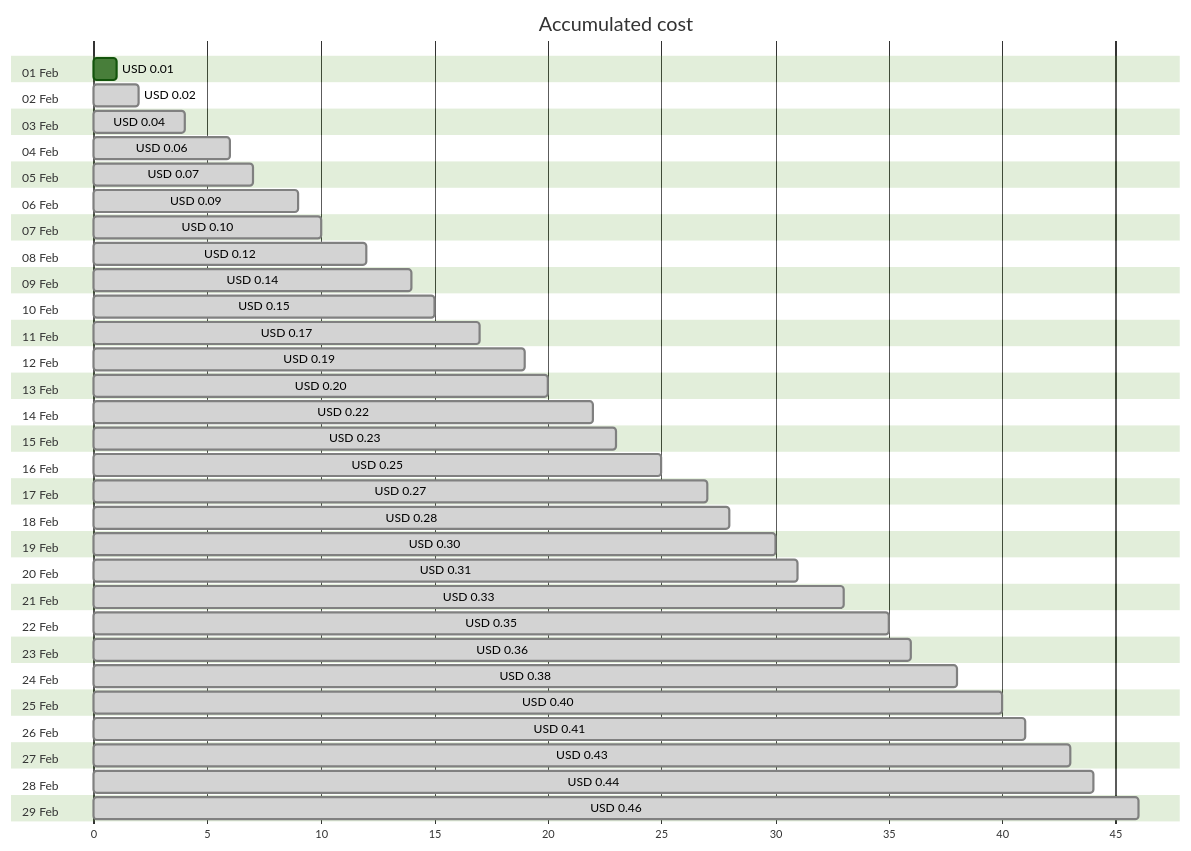
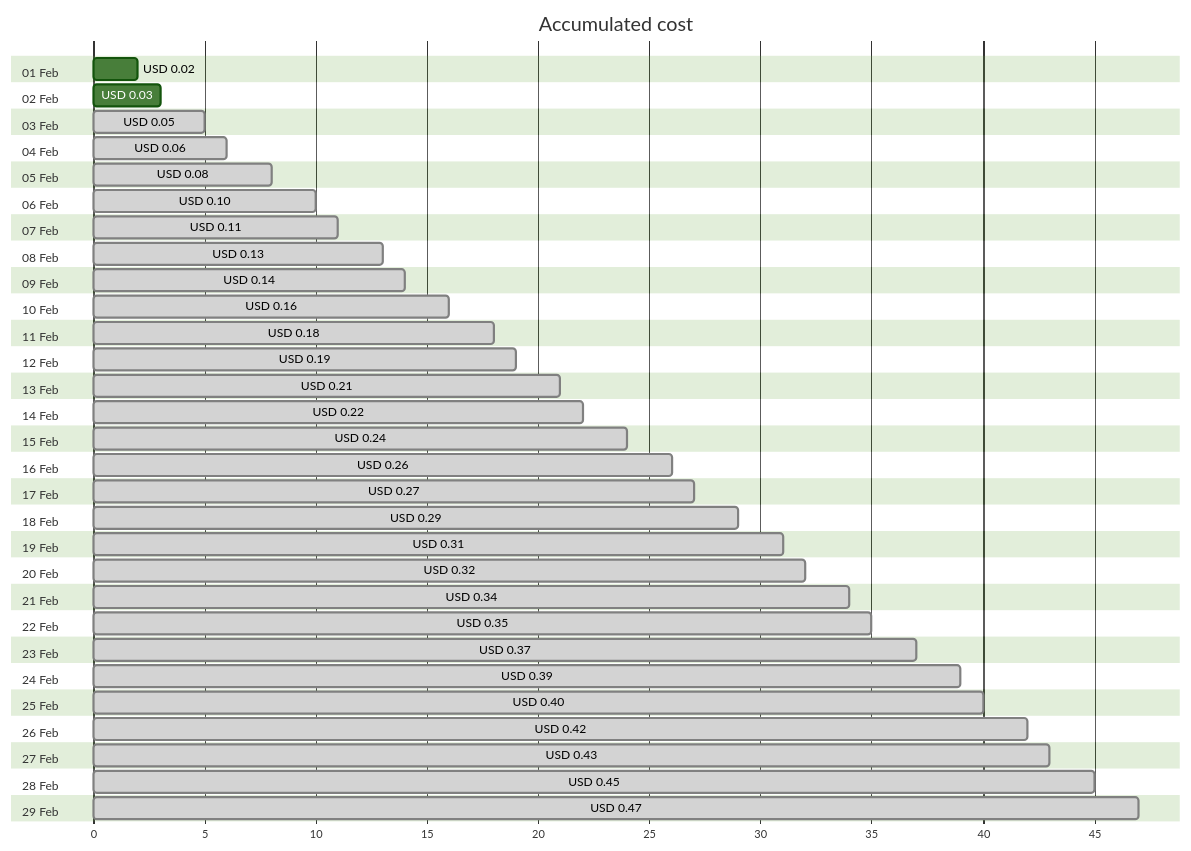
The first of 4 diagrams in cost-reports/personal-network/private.jpatrickfulton.com.md (jpfulton/azure-personal-reports), drawn with Mermaid (forest theme) before and after one commit. The commit also changed other lines of this file and 8 other files, not shown here.

````diff
--- a/cost-reports/personal-network/private.jpatrickfulton.com.md
+++ b/cost-reports/personal-network/private.jpatrickfulton.com.md
@@ -20,64 +20,64 @@
 ```mermaid
 gantt
    title Accumulated cost
    dateFormat  X
    axisFormat %s
    section 01 Feb
-   USD 0.01 :0, 1
+   USD 0.02 :0, 2
    section 02 Feb
-   USD 0.02 : done, 0, 2
+   USD 0.03 :0, 3
    section 03 Feb
-   USD 0.04 : done, 0, 4
+   USD 0.05 : done, 0, 5
    section 04 Feb
    USD 0.06 : done, 0, 6
    section 05 Feb
-   USD 0.07 : done, 0, 7
+   USD 0.08 : done, 0, 8
    section 06 Feb
-   USD 0.09 : done, 0, 9
+   USD 0.10 : done, 0, 10
    section 07 Feb
-   USD 0.10 : done, 0, 10
+   USD 0.11 : done, 0, 11
    section 08 Feb
-   USD 0.12 : done, 0, 12
+   USD 0.13 : done, 0, 13
    section 09 Feb
    USD 0.14 : done, 0, 14
    section 10 Feb
-   USD 0.15 : done, 0, 15
+   USD 0.16 : done, 0, 16
    section 11 Feb
-   USD 0.17 : done, 0, 17
+   USD 0.18 : done, 0, 18
    section 12 Feb
    USD 0.19 : done, 0, 19
    section 13 Feb
-   USD 0.20 : done, 0, 20
+   USD 0.21 : done, 0, 21
    section 14 Feb
    USD 0.22 : done, 0, 22
    section 15 Feb
-   USD 0.23 : done, 0, 23
+   USD 0.24 : done, 0, 24
    section 16 Feb
-   USD 0.25 : done, 0, 25
+   USD 0.26 : done, 0, 26
    section 17 Feb
    USD 0.27 : done, 0, 27
    section 18 Feb
-   USD 0.28 : done, 0, 28
+   USD 0.29 : done, 0, 29
    section 19 Feb
-   USD 0.30 : done, 0, 30
+   USD 0.31 : done, 0, 31
    section 20 Feb
-   USD 0.31 : done, 0, 31
+   USD 0.32 : done, 0, 32
    section 21 Feb
-   USD 0.33 : done, 0, 33
+   USD 0.34 : done, 0, 34
    section 22 Feb
    USD 0.35 : done, 0, 35
    section 23 Feb
-   USD 0.36 : done, 0, 36
+   USD 0.37 : done, 0, 37
    section 24 Feb
-   USD 0.38 : done, 0, 38
+   USD 0.39 : done, 0, 39
    section 25 Feb
    USD 0.40 : done, 0, 40
    section 26 Feb
-   USD 0.41 : done, 0, 41
+   USD 0.42 : done, 0, 42
    section 27 Feb
    USD 0.43 : done, 0, 43
    section 28 Feb
-   USD 0.44 : done, 0, 44
+   USD 0.45 : done, 0, 45
    section 29 Feb
-   USD 0.46 : done, 0, 46
+   USD 0.47 : done, 0, 47
 ```
````
